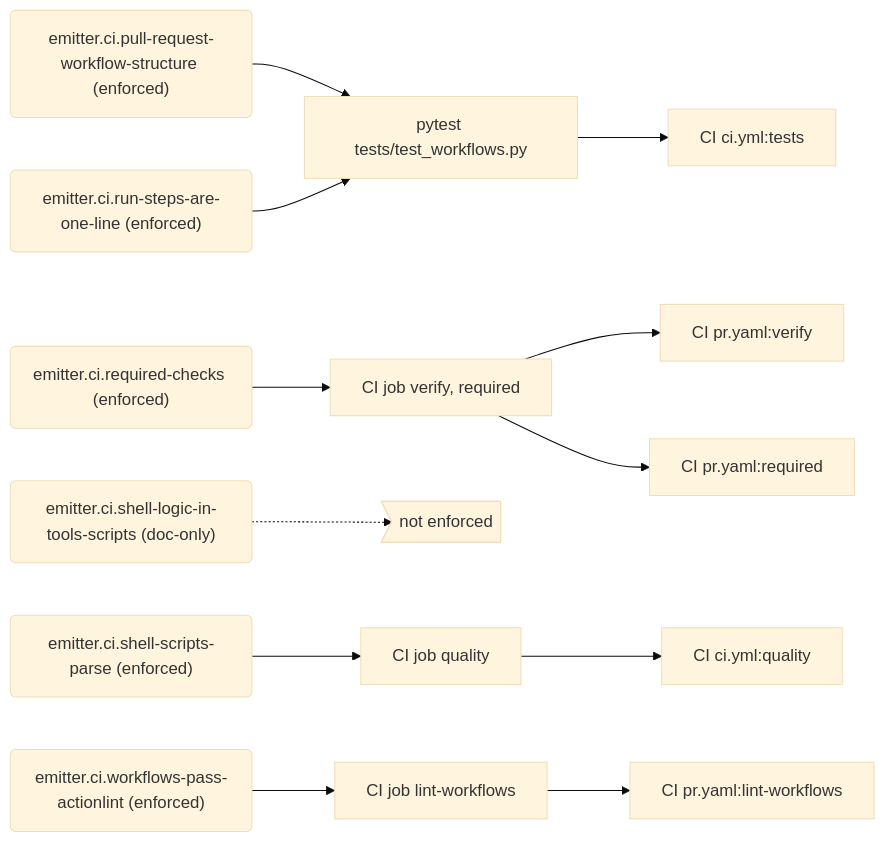
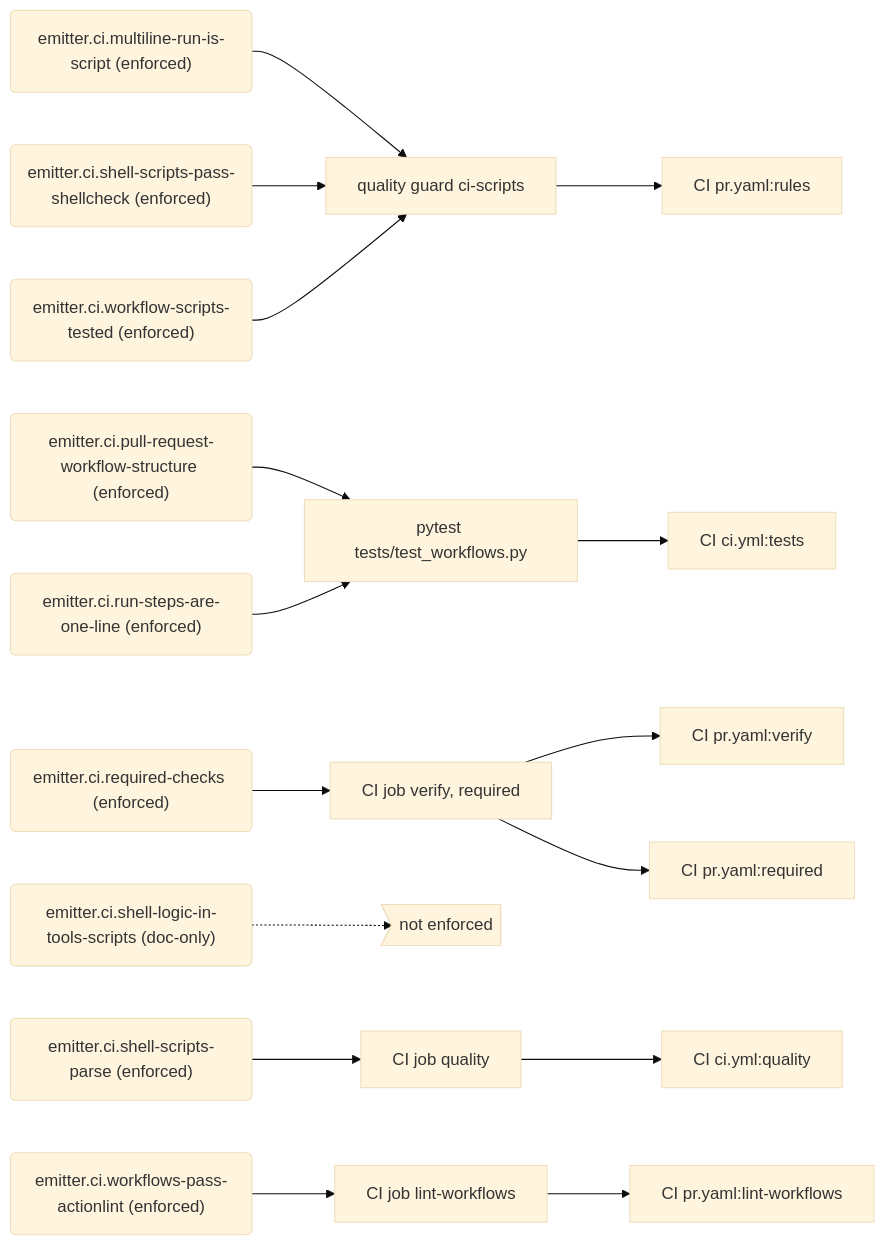
The eighth of 9 diagrams in docs/generated/rules.md (PolicyEngine/local-services), drawn with Mermaid (base theme) before and after one commit. The commit also changed other lines of this file and 6 other files, not shown here.

First line of the commit message:
Register the workflow-script rules and run the ci-scripts guard

````diff
--- a/docs/generated/rules.md
+++ b/docs/generated/rules.md
@@ -309,30 +312,39 @@
 ```mermaid
 flowchart LR
+  r_emitter_ci_multiline_run_is_script("emitter.ci.multiline-run-is-script (enforced)")
+  e_quality_guard_ci_scripts["quality guard ci-scripts"]
+  j_CI_pr_yaml_rules["CI pr.yaml:rules"]
   r_emitter_ci_pull_request_workflow_structure("emitter.ci.pull-request-workflow-structure (enforced)")
   e_pytest_tests_test_workflows_py["pytest tests/test_workflows.py"]
   j_CI_ci_yml_tests["CI ci.yml:tests"]
   r_emitter_ci_required_checks("emitter.ci.required-checks (enforced)")
   e_CI_job_verify__required["CI job verify, required"]
   j_CI_pr_yaml_verify["CI pr.yaml:verify"]
   j_CI_pr_yaml_required["CI pr.yaml:required"]
   r_emitter_ci_run_steps_are_one_line("emitter.ci.run-steps-are-one-line (enforced)")
   r_emitter_ci_shell_logic_in_tools_scripts("emitter.ci.shell-logic-in-tools-scripts (doc-only)")
   gap_unenforced>"not enforced"]
   r_emitter_ci_shell_scripts_parse("emitter.ci.shell-scripts-parse (enforced)")
   e_CI_job_quality["CI job quality"]
   j_CI_ci_yml_quality["CI ci.yml:quality"]
+  r_emitter_ci_shell_scripts_pass_shellcheck("emitter.ci.shell-scripts-pass-shellcheck (enforced)")
+  r_emitter_ci_workflow_scripts_tested("emitter.ci.workflow-scripts-tested (enforced)")
   r_emitter_ci_workflows_pass_actionlint("emitter.ci.workflows-pass-actionlint (enforced)")
   e_CI_job_lint_workflows["CI job lint-workflows"]
   j_CI_pr_yaml_lint_workflows["CI pr.yaml:lint-workflows"]
+  r_emitter_ci_multiline_run_is_script --> e_quality_guard_ci_scripts
+  e_quality_guard_ci_scripts --> j_CI_pr_yaml_rules
   r_emitter_ci_pull_request_workflow_structure --> e_pytest_tests_test_workflows_py
   e_pytest_tests_test_workflows_py --> j_CI_ci_yml_tests
   r_emitter_ci_required_checks --> e_CI_job_verify__required
   e_CI_job_verify__required --> j_CI_pr_yaml_verify
   e_CI_job_verify__required --> j_CI_pr_yaml_required
   r_emitter_ci_run_steps_are_one_line --> e_pytest_tests_test_workflows_py
   r_emitter_ci_shell_logic_in_tools_scripts -.-> gap_unenforced
   r_emitter_ci_shell_scripts_parse --> e_CI_job_quality
   e_CI_job_quality --> j_CI_ci_yml_quality
+  r_emitter_ci_shell_scripts_pass_shellcheck --> e_quality_guard_ci_scripts
+  r_emitter_ci_workflow_scripts_tested --> e_quality_guard_ci_scripts
   r_emitter_ci_workflows_pass_actionlint --> e_CI_job_lint_workflows
   e_CI_job_lint_workflows --> j_CI_pr_yaml_lint_workflows
 ```
````
